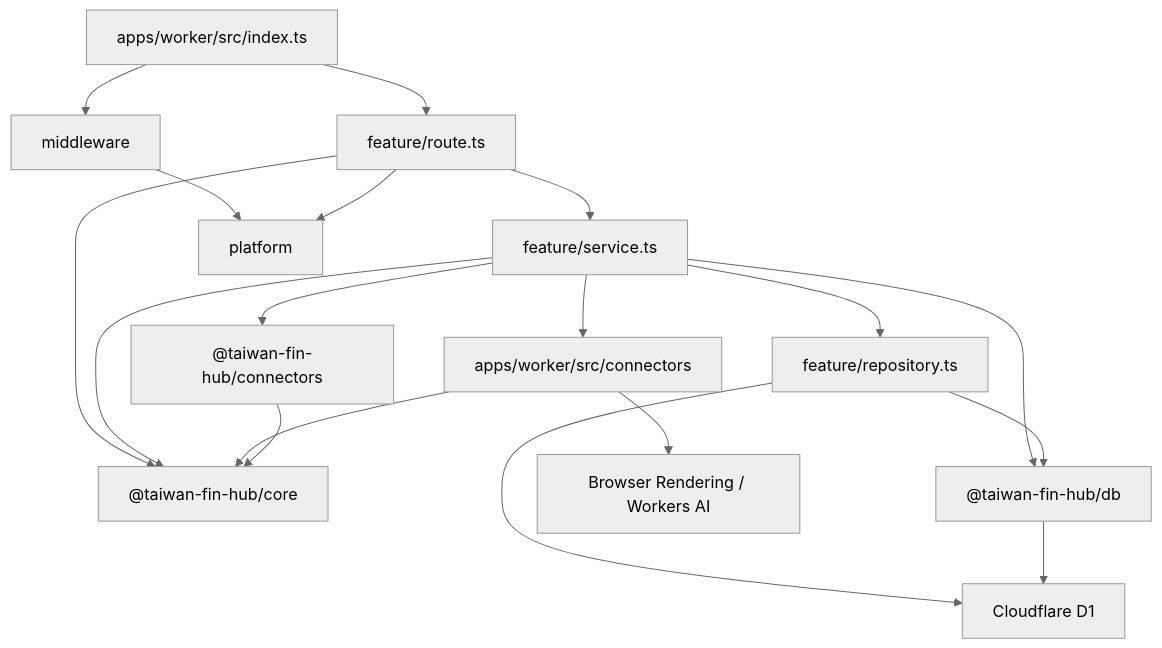
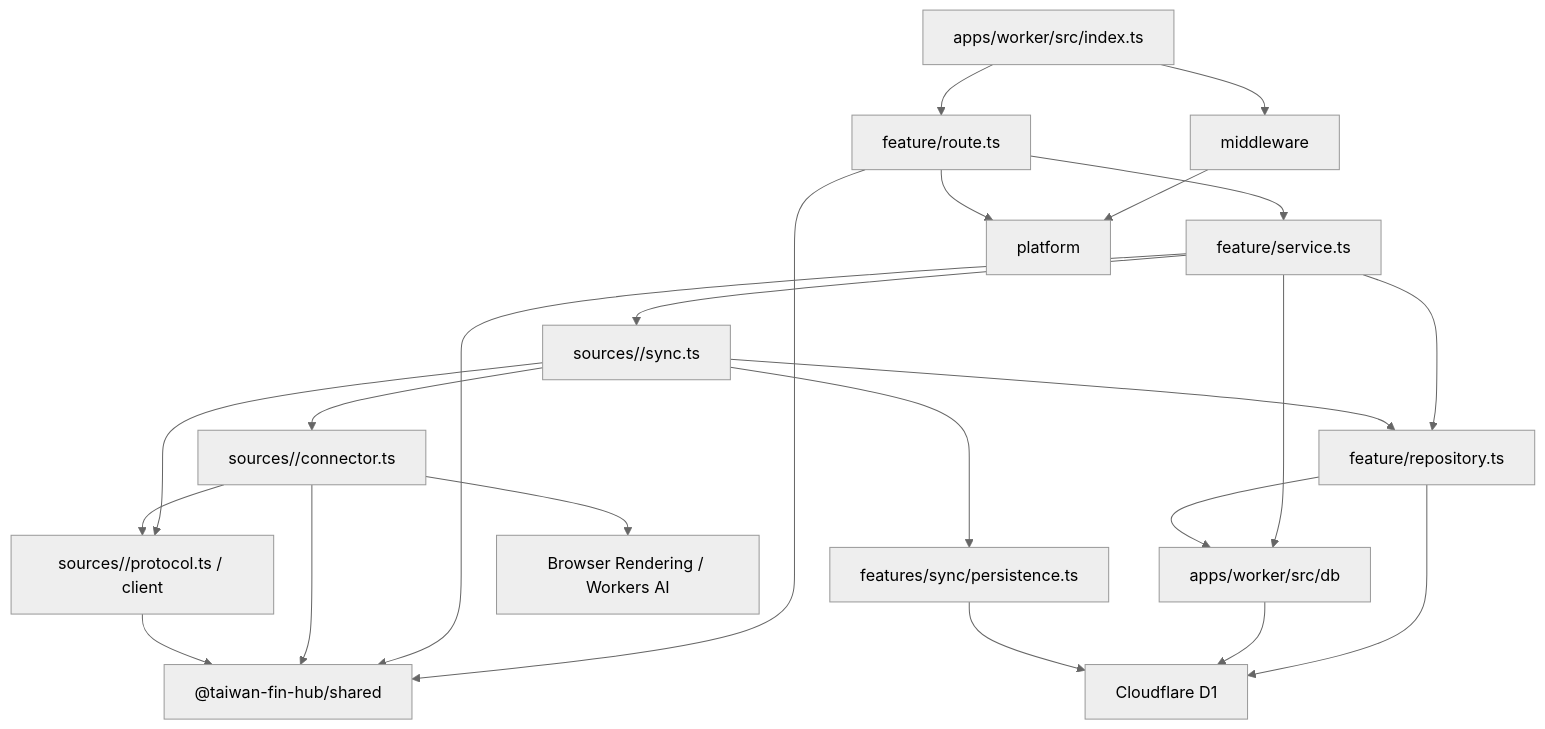
Before and after one commit to qqbabu/taiwan-fin-hub: the first of 2 diagrams in docs/002-backend-architecture.md, drawn with Mermaid (neutral theme). The commit also changed other lines of this file and 307 other files, not shown here.

````diff
--- a/docs/002-backend-architecture.md
+++ b/docs/002-backend-architecture.md
@@ -54,36 +78,43 @@
 ```mermaid
 flowchart TD
     Index["apps/worker/src/index.ts"]
     Middleware["middleware"]
     FeatureRoute["feature/route.ts"]
     FeatureService["feature/service.ts"]
     FeatureRepository["feature/repository.ts"]
-    WorkerConnector["apps/worker/src/connectors"]
+    SourceSync["sources/<connectorId>/sync.ts"]
+    WorkerConnector["sources/<connectorId>/connector.ts"]
+    SyncPersistence["features/sync/persistence.ts"]
     Platform["platform"]
-    Core["@taiwan-fin-hub/core"]
-    Connectors["@taiwan-fin-hub/connectors"]
-    DB["@taiwan-fin-hub/db"]
+    Shared["@taiwan-fin-hub/shared"]
+    Connectors["sources/<connectorId>/protocol.ts / client"]
+    DB["apps/worker/src/db"]
     D1["Cloudflare D1"]
     Browser["Browser Rendering / Workers AI"]
 
     Index --> Middleware
     Index --> FeatureRoute
 
     Middleware --> Platform
     FeatureRoute --> Platform
     FeatureRoute --> FeatureService
     FeatureService --> FeatureRepository
-    FeatureService --> WorkerConnector
-    FeatureService --> Connectors
+    FeatureService --> SourceSync
     FeatureService --> DB
 
     FeatureRepository --> DB
     FeatureRepository --> D1
     DB --> D1
+    SourceSync --> WorkerConnector
+    SourceSync --> Connectors
+    SourceSync --> SyncPersistence
+    SourceSync --> FeatureRepository
+    SyncPersistence --> D1
     WorkerConnector --> Browser
+    WorkerConnector --> Connectors
 
-    FeatureRoute --> Core
-    FeatureService --> Core
-    WorkerConnector --> Core
-    Connectors --> Core
+    FeatureRoute --> Shared
+    FeatureService --> Shared
+    WorkerConnector --> Shared
+    Connectors --> Shared
 ```
````
